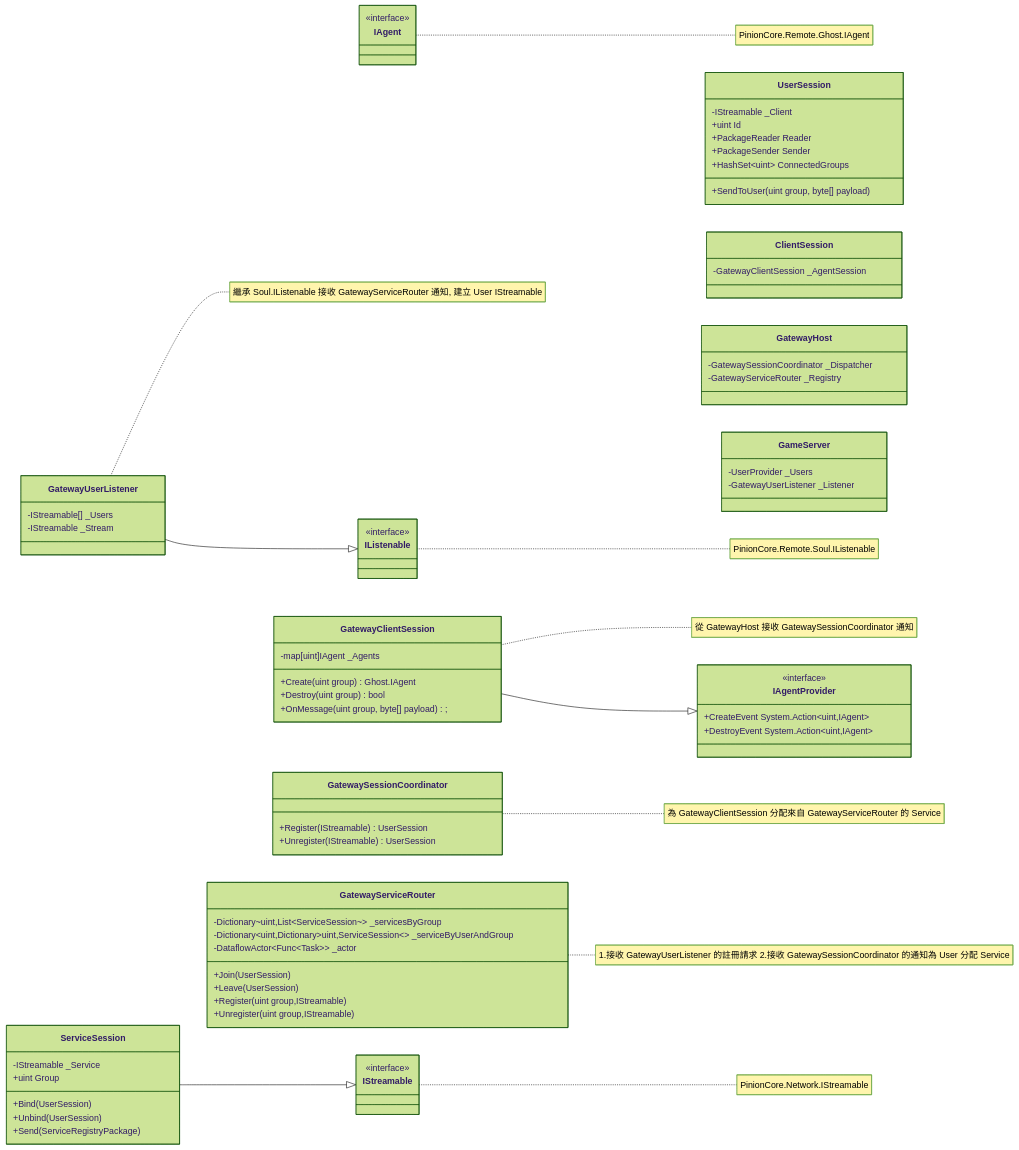
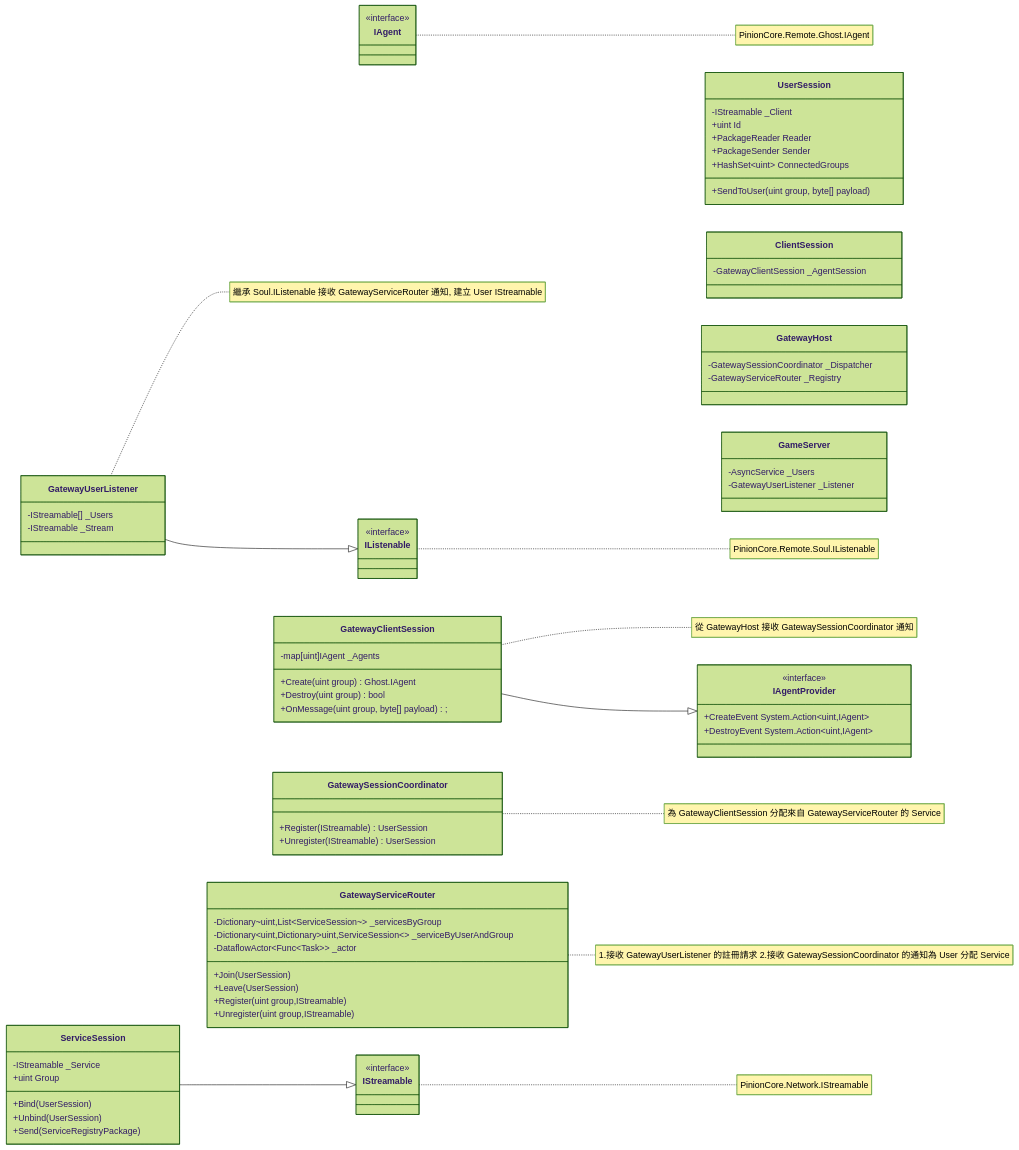
The third of 6 diagrams in PinionCore.Remote.Gateway/design.md (jiowchern/PinionCore.Remote), drawn with Mermaid (forest theme) before and after one commit. The commit also changed other lines of this file and 19 other files, not shown here.

```diff
--- a/PinionCore.Remote.Gateway/design.md
+++ b/PinionCore.Remote.Gateway/design.md
@@ -146,7 +146,7 @@
     }
 
     class GameServer {
-        -UserProvider _Users
+        -AsyncService _Users
         -GatewayUserListener _Listener
     }
 	<<interface>> IAgent
```
